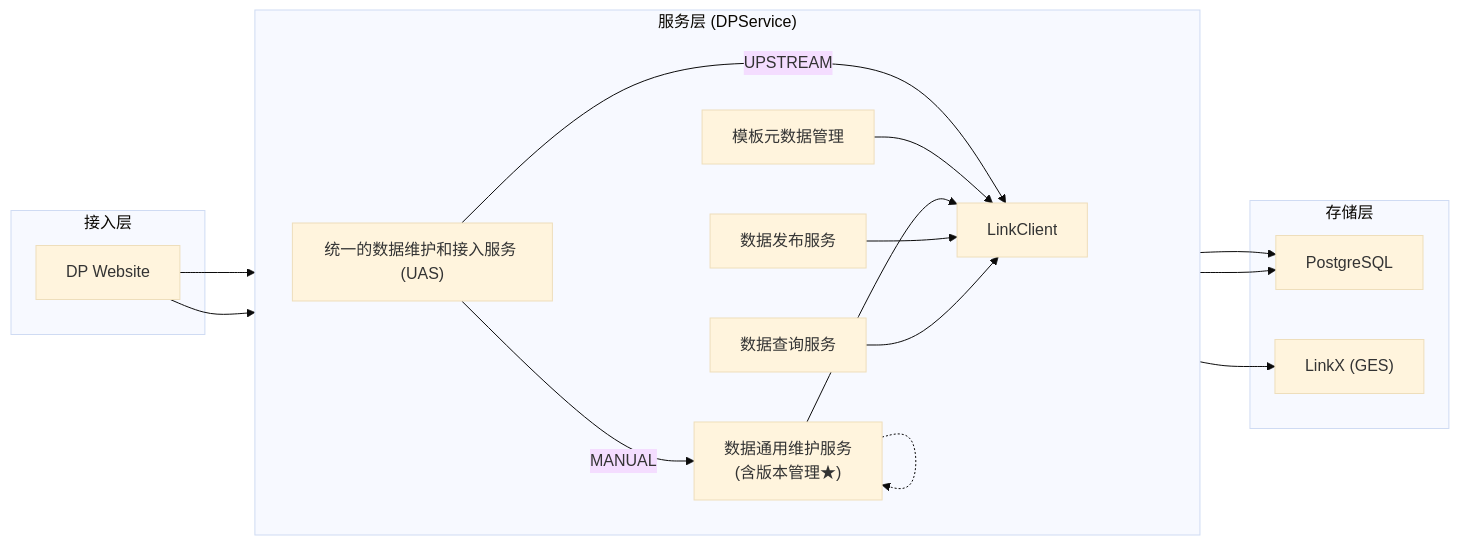
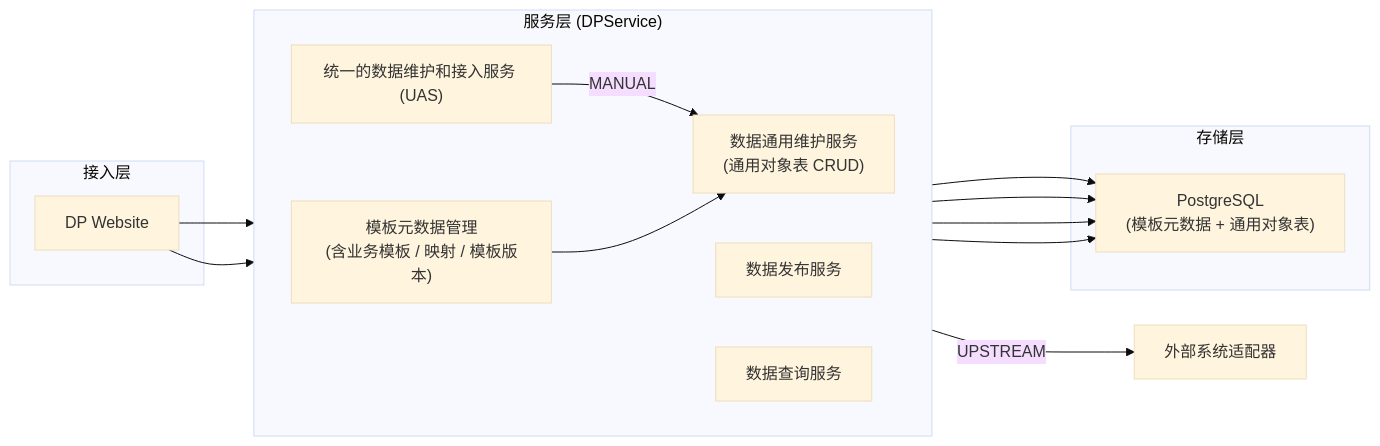
The fourth of 11 diagrams in docs/数字产品系统架构设计说明书.md (goflyboy/digitalproduct), drawn with Mermaid (base theme) before and after one commit. The commit also changed other lines of this file and 2 other files, not shown here.

````diff
--- a/docs/数字产品系统架构设计说明书.md
+++ b/docs/数字产品系统架构设计说明书.md
@@ -2248,39 +2433,32 @@
 ```mermaid
 flowchart LR
     subgraph Access["接入层"]
         WEB["DP Website"]
     end
 
     subgraph Service["服务层 (DPService)"]
         direction LR
         UAS["统一的数据维护和接入服务 (UAS)"]
-        TM["模板元数据管理"]
-        MS["数据通用维护服务<br/>(含版本管理★)"]
+        TM["模板元数据管理<br/>(含业务模板 / 映射 / 模板版本)"]
+        MS["数据通用维护服务<br/>(通用对象表 CRUD)"]
         PS["数据发布服务"]
         QS["数据查询服务"]
-        LC["LinkClient"]
     end
 
     subgraph Storage["存储层"]
-        PG["PostgreSQL"]
-        LNK["LinkX (GES)"]
+        PG["PostgreSQL<br/>(模板元数据 + 通用对象表)"]
     end
 
     WEB --> UAS
     WEB --> TM
 
     UAS -->|"MANUAL"| MS
-    UAS -->|"UPSTREAM"| LC
+    UAS -->|"UPSTREAM"| External["外部系统适配器"]
 
     TM --> PG
-    TM --> LC
+    TM --> MS
 
-    MS --> LC
-    MS -.-> MS
-
-    PS --> LC
-    QS --> LC
-
-    LC --> PG
-    LC --> LNK
+    MS --> PG
+    PS --> PG
+    QS --> PG
 ```
````
